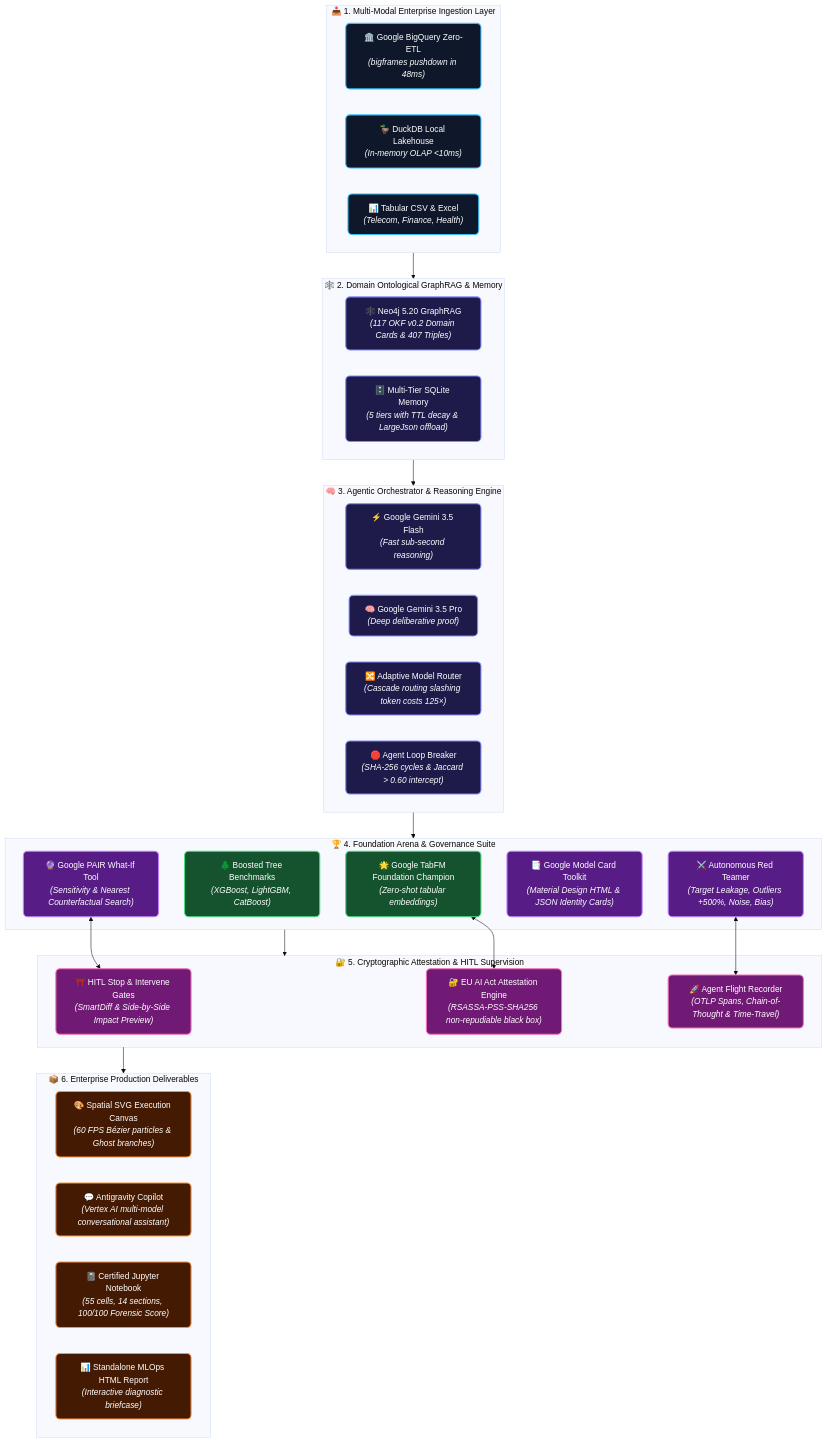
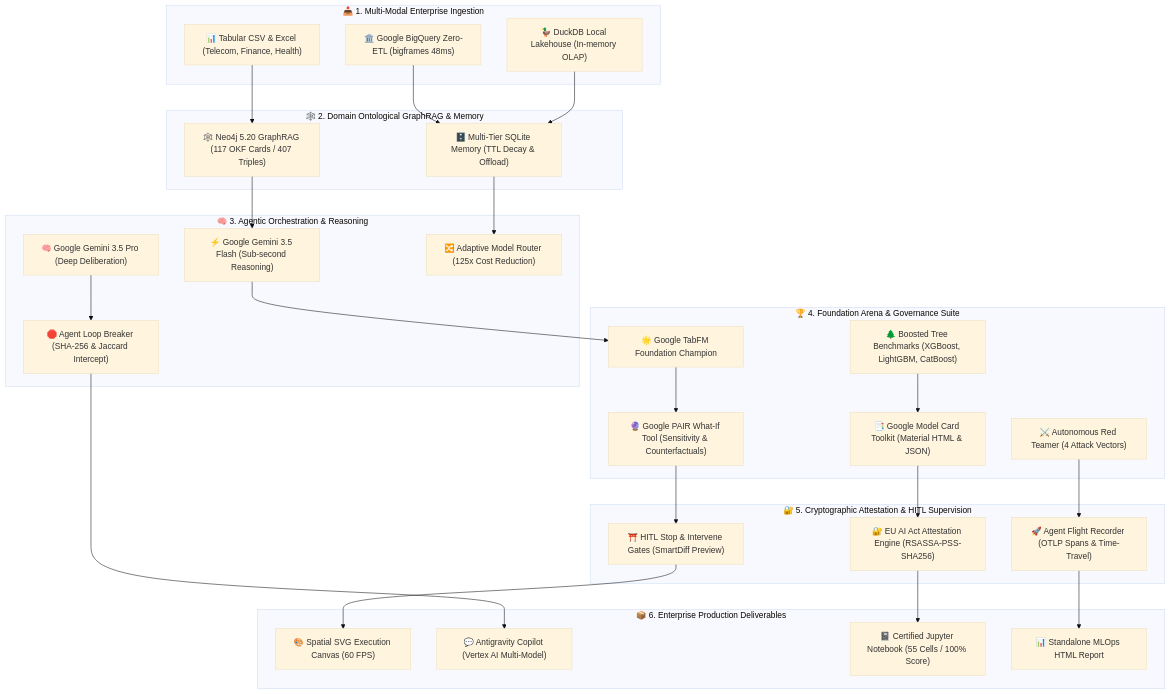
The diagram in README.md (gervais-afk/notebooks-factory), drawn with Mermaid (base theme) before and after one commit.

Commit message:
fix: GitHub Mermaid diagram syntax in README.md

````diff
--- a/README.md
+++ b/README.md
@@ -19,53 +19,58 @@
 ```mermaid
-graph TD
-    classDef input fill:#0f172a,stroke:#38bdf8,stroke-width:2px,color:#ffffff,rx:8px;
-    classDef brain fill:#1e1b4b,stroke:#818cf8,stroke-width:2px,color:#ffffff,rx:8px;
-    classDef foundation fill:#14532d,stroke:#4ade80,stroke-width:2px,color:#ffffff,rx:8px;
-    classDef governance fill:#581c87,stroke:#c084fc,stroke-width:2px,color:#ffffff,rx:8px;
-    classDef security fill:#701a75,stroke:#f472b6,stroke-width:2px,color:#ffffff,rx:8px;
-    classDef output fill:#451a03,stroke:#fb923c,stroke-width:2px,color:#ffffff,rx:8px;
-
-    subgraph Layer1 ["📥 1. Multi-Modal Enterprise Ingestion Layer"]
-        BQ["🏛️ Google BigQuery Zero-ETL<br/><i>(bigframes pushdown in 48ms)</i>"]:::input
-        DuckDB["🦆 DuckDB Local Lakehouse<br/><i>(In-memory OLAP <10ms)</i>"]:::input
-        CSVData["📊 Tabular CSV & Excel<br/><i>(Telecom, Finance, Health)</i>"]:::input
+flowchart TD
+    subgraph Ingestion ["📥 1. Multi-Modal Enterprise Ingestion"]
+        BQ["🏛️ Google BigQuery Zero-ETL (bigframes 48ms)"]
+        DuckDB["🦆 DuckDB Local Lakehouse (In-memory OLAP)"]
+        CSVData["📊 Tabular CSV & Excel (Telecom, Finance, Health)"]
     end
 
-    subgraph Layer2 ["🕸️ 2. Domain Ontological GraphRAG & Memory"]
-        Neo4j["🕸️ Neo4j 5.20 GraphRAG<br/><i>(117 OKF v0.2 Domain Cards & 407 Triples)</i>"]:::brain
-        ContextMem["🗄️ Multi-Tier SQLite Memory<br/><i>(5 tiers with TTL decay & LargeJson offload)</i>"]:::brain
+    subgraph Memory ["🕸️ 2. Domain Ontological GraphRAG & Memory"]
+        Neo4j["🕸️ Neo4j 5.20 GraphRAG (117 OKF Cards / 407 Triples)"]
+        ContextMem["🗄️ Multi-Tier SQLite Memory (TTL Decay & Offload)"]
     end
 
-    subgraph Layer3 ["🧠 3. Agentic Orchestrator & Reasoning Engine"]
-        GeminiFlash["⚡ Google Gemini 3.5 Flash<br/><i>(Fast sub-second reasoning)</i>"]:::brain
-        GeminiPro["🧠 Google Gemini 3.5 Pro<br/><i>(Deep deliberative proof)</i>"]:::brain
-        AdaptiveRouter["🔀 Adaptive Model Router<br/><i>(Cascade routing slashing token costs 125×)</i>"]:::brain
-        LoopBreaker["🛑 Agent Loop Breaker<br/><i>(SHA-256 cycles & Jaccard > 0.60 intercept)</i>"]:::brain
+    subgraph Reasoning ["🧠 3. Agentic Orchestration & Reasoning"]
+        GeminiFlash["⚡ Google Gemini 3.5 Flash (Sub-second Reasoning)"]
+        GeminiPro["🧠 Google Gemini 3.5 Pro (Deep Deliberation)"]
+        AdaptiveRouter["🔀 Adaptive Model Router (125x Cost Reduction)"]
+        LoopBreaker["🛑 Agent Loop Breaker (SHA-256 & Jaccard Intercept)"]
     end
 
-    subgraph Layer4 ["🏆 4. Foundation Arena & Governance Suite"]
-        TabFM["🌟 Google TabFM Foundation Champion<br/><i>(Zero-shot tabular embeddings)</i>"]:::foundation
-        XGB["🌲 Boosted Tree Benchmarks<br/><i>(XGBoost, LightGBM, CatBoost)</i>"]:::foundation
-        WhatIf["🔮 Google PAIR What-If Tool<br/><i>(Sensitivity & Nearest Counterfactual Search)</i>"]:::governance
-        ModelCard["📑 Google Model Card Toolkit<br/><i>(Material Design HTML & JSON Identity Cards)</i>"]:::governance
-        RedTeam["⚔️ Autonomous Red Teamer<br/><i>(Target Leakage, Outliers +500%, Noise, Bias)</i>"]:::governance
+    subgraph Arena ["🏆 4. Foundation Arena & Governance Suite"]
+        TabFM["🌟 Google TabFM Foundation Champion"]
+        XGB["🌲 Boosted Tree Benchmarks (XGBoost, LightGBM, CatBoost)"]
+        WhatIf["🔮 Google PAIR What-If Tool (Sensitivity & Counterfactuals)"]
+        ModelCard["📑 Google Model Card Toolkit (Material HTML & JSON)"]
+        RedTeam["⚔️ Autonomous Red Teamer (4 Attack Vectors)"]
     end
 
-    subgraph Layer5 ["🔐 5. Cryptographic Attestation & HITL Supervision"]
-        HITL["⛩️ HITL Stop & Intervene Gates<br/><i>(SmartDiff & Side-by-Side Impact Preview)</i>"]:::security
-        CryptoEngine["🔐 EU AI Act Attestation Engine<br/><i>(RSASSA-PSS-SHA256 non-repudiable black box)</i>"]:::security
-        FlightRecorder["🚀 Agent Flight Recorder<br/><i>(OTLP Spans, Chain-of-Thought & Time-Travel)</i>"]:::security
+    subgraph Governance ["🔐 5. Cryptographic Attestation & HITL Supervision"]
+        HITL["⛩️ HITL Stop & Intervene Gates (SmartDiff Preview)"]
+        CryptoEngine["🔐 EU AI Act Attestation Engine (RSASSA-PSS-SHA256)"]
+        FlightRecorder["🚀 Agent Flight Recorder (OTLP Spans & Time-Travel)"]
     end
 
-    subgraph Layer6 ["📦 6. Enterprise Production Deliverables"]
-        CanvasUI["🎨 Spatial SVG Execution Canvas<br/><i>(60 FPS Bézier particles & Ghost branches)</i>"]:::output
-        CopilotChat["💬 Antigravity Copilot<br/><i>(Vertex AI multi-model conversational assistant)</i>"]:::output
-        Notebook55["📓 Certified Jupyter Notebook<br/><i>(55 cells, 14 sections, 100/100 Forensic Score)</i>"]:::output
-        VisualReport["📊 Standalone MLOps HTML Report<br/><i>(Interactive diagnostic briefcase)</i>"]:::output
+    subgraph Deliverables ["📦 6. Enterprise Production Deliverables"]
+        CanvasUI["🎨 Spatial SVG Execution Canvas (60 FPS)"]
+        CopilotChat["💬 Antigravity Copilot (Vertex AI Multi-Model)"]
+        Notebook55["📓 Certified Jupyter Notebook (55 Cells / 100% Score)"]
+        VisualReport["📊 Standalone MLOps HTML Report"]
     end
 
-    Layer1 --> Layer2 --> Layer3 --> Layer4 --> Layer5 --> Layer6
-    WhatIf <--> HITL
-    TabFM <--> CryptoEngine
-    RedTeam <--> FlightRecorder
+    CSVData --> Neo4j
+    BQ --> ContextMem
+    DuckDB --> ContextMem
+    Neo4j --> GeminiFlash
+    ContextMem --> AdaptiveRouter
+    GeminiFlash --> TabFM
+    GeminiPro --> LoopBreaker
+    TabFM --> WhatIf
+    XGB --> ModelCard
+    WhatIf --> HITL
+    ModelCard --> CryptoEngine
+    RedTeam --> FlightRecorder
+    HITL --> CanvasUI
+    CryptoEngine --> Notebook55
+    FlightRecorder --> VisualReport
+    LoopBreaker --> CopilotChat
 ```
````
